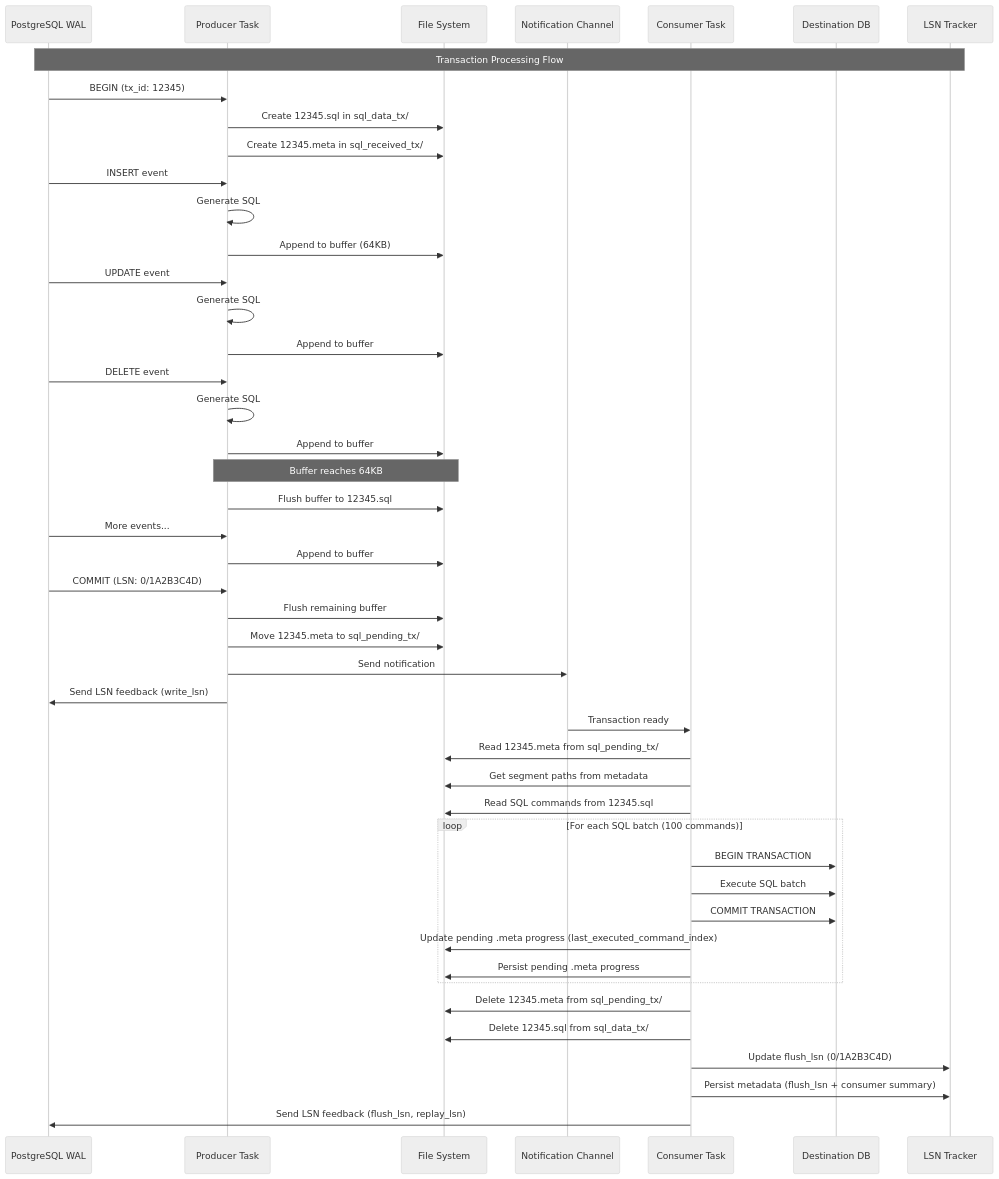
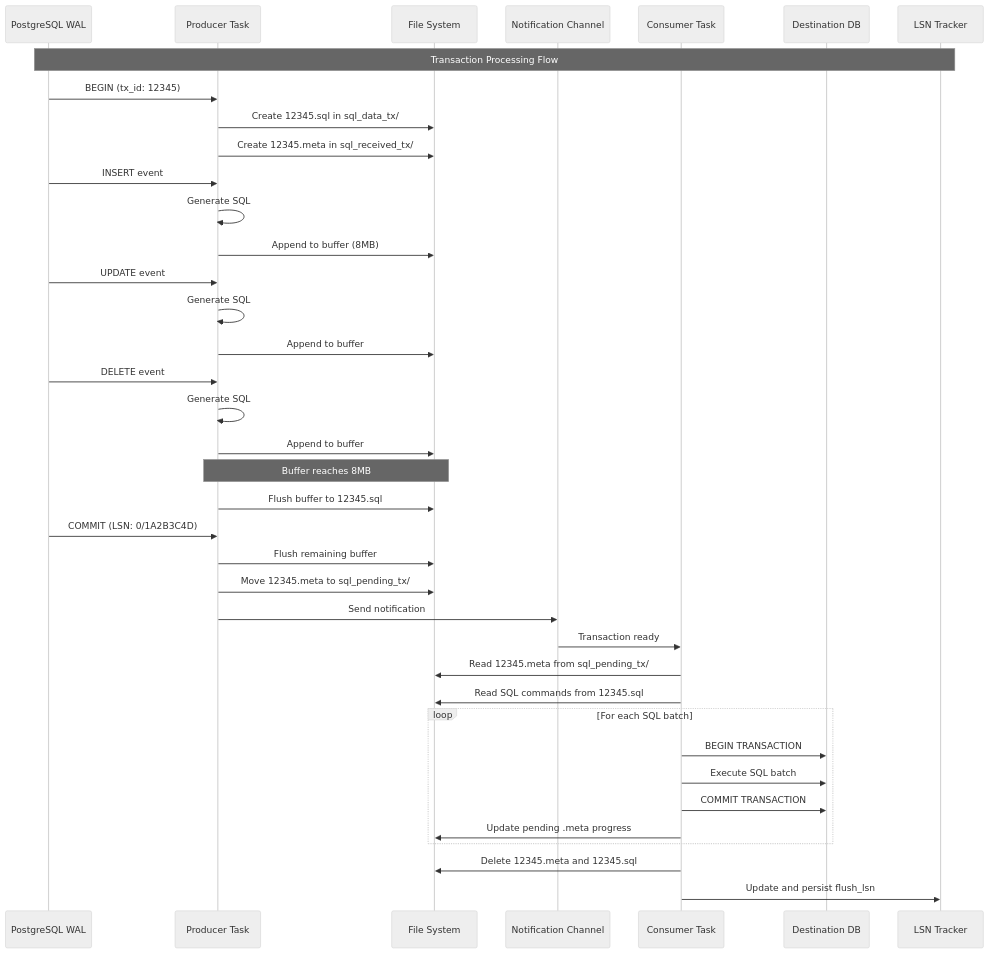
Before and after one commit to isdaniel/pg2any: the first of 2 diagrams in README.md, drawn with Mermaid (neutral theme). The commit also changed other lines of this file and 46 other files, not shown here.

````diff
--- a/README.md
+++ b/README.md
@@ -210,59 +120,50 @@
 ```mermaid
 sequenceDiagram
     participant PG as PostgreSQL WAL
     participant Producer as Producer Task
     participant FS as File System
     participant Channel as Notification Channel
     participant Consumer as Consumer Task
     participant Dest as Destination DB
     participant LSN as LSN Tracker
 
     Note over PG,LSN: Transaction Processing Flow
-    
+
     PG->>Producer: BEGIN (tx_id: 12345)
     Producer->>FS: Create 12345.sql in sql_data_tx/
     Producer->>FS: Create 12345.meta in sql_received_tx/
-    
+
     PG->>Producer: INSERT event
     Producer->>Producer: Generate SQL
-    Producer->>FS: Append to buffer (64KB)
-    
+    Producer->>FS: Append to buffer (8MB)
+
     PG->>Producer: UPDATE event
     Producer->>Producer: Generate SQL
     Producer->>FS: Append to buffer
-    
+
     PG->>Producer: DELETE event
     Producer->>Producer: Generate SQL
     Producer->>FS: Append to buffer
-    
-    Note over Producer,FS: Buffer reaches 64KB
+
+    Note over Producer,FS: Buffer reaches 8MB
     Producer->>FS: Flush buffer to 12345.sql
-    
-    PG->>Producer: More events...
-    Producer->>FS: Append to buffer
-    
+
     PG->>Producer: COMMIT (LSN: 0/1A2B3C4D)
     Producer->>FS: Flush remaining buffer
     Producer->>FS: Move 12345.meta to sql_pending_tx/
     Producer->>Channel: Send notification
-    Producer->>PG: Send LSN feedback (write_lsn)
-    
+
     Channel->>Consumer: Transaction ready
     Consumer->>FS: Read 12345.meta from sql_pending_tx/
-    Consumer->>FS: Get segment paths from metadata
     Consumer->>FS: Read SQL commands from 12345.sql
-    
-    loop For each SQL batch (100 commands)
+
+    loop For each SQL batch
         Consumer->>Dest: BEGIN TRANSACTION
         Consumer->>Dest: Execute SQL batch
         Consumer->>Dest: COMMIT TRANSACTION
-        Consumer->>FS: Update pending .meta progress (last_executed_command_index)
-        Consumer->>FS: Persist pending .meta progress
+        Consumer->>FS: Update pending .meta progress
     end
-    
-    Consumer->>FS: Delete 12345.meta from sql_pending_tx/
-    Consumer->>FS: Delete 12345.sql from sql_data_tx/
-    Consumer->>LSN: Update flush_lsn (0/1A2B3C4D)
-    Consumer->>LSN: Persist metadata (flush_lsn + consumer summary)
-    Consumer->>PG: Send LSN feedback (flush_lsn, replay_lsn)
+
+    Consumer->>FS: Delete 12345.meta and 12345.sql
+    Consumer->>LSN: Update and persist flush_lsn
 ```
````
